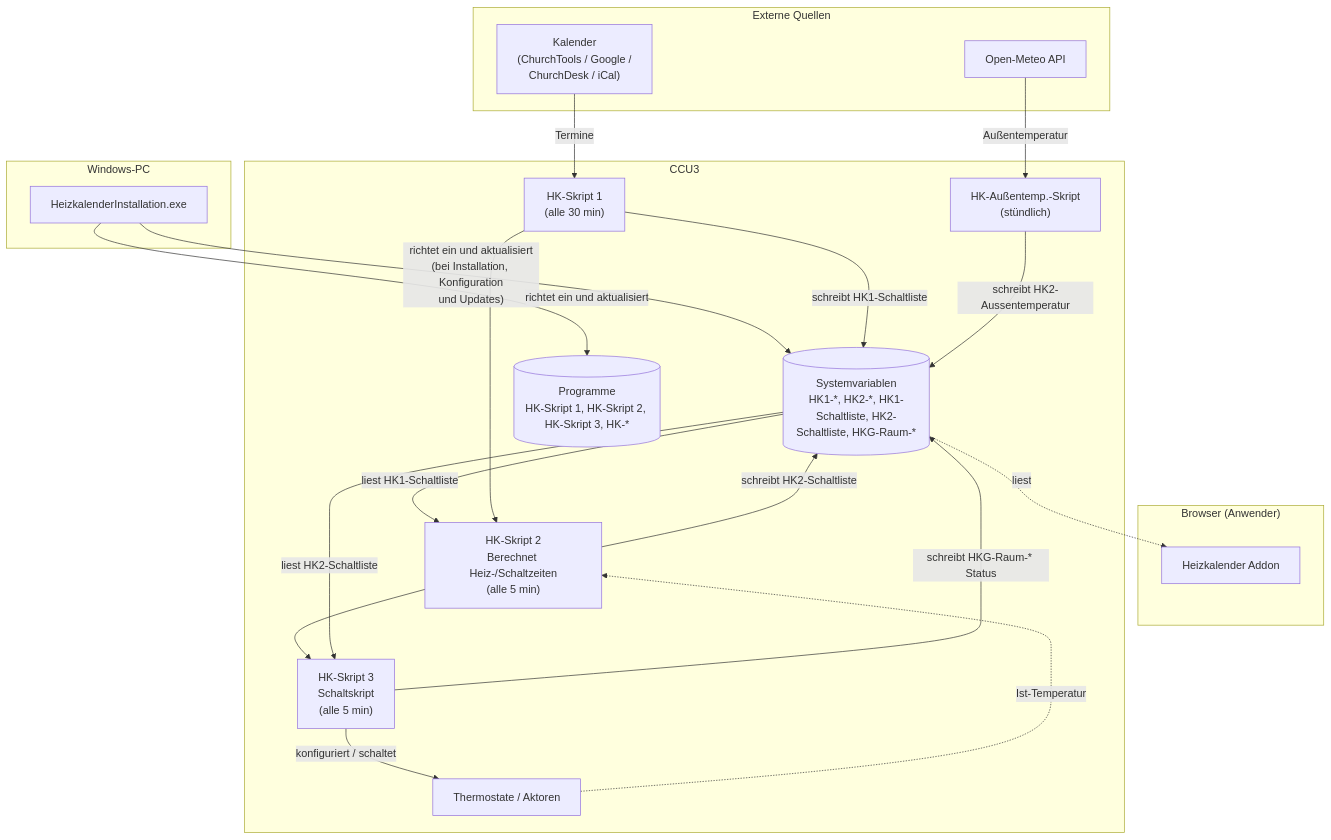
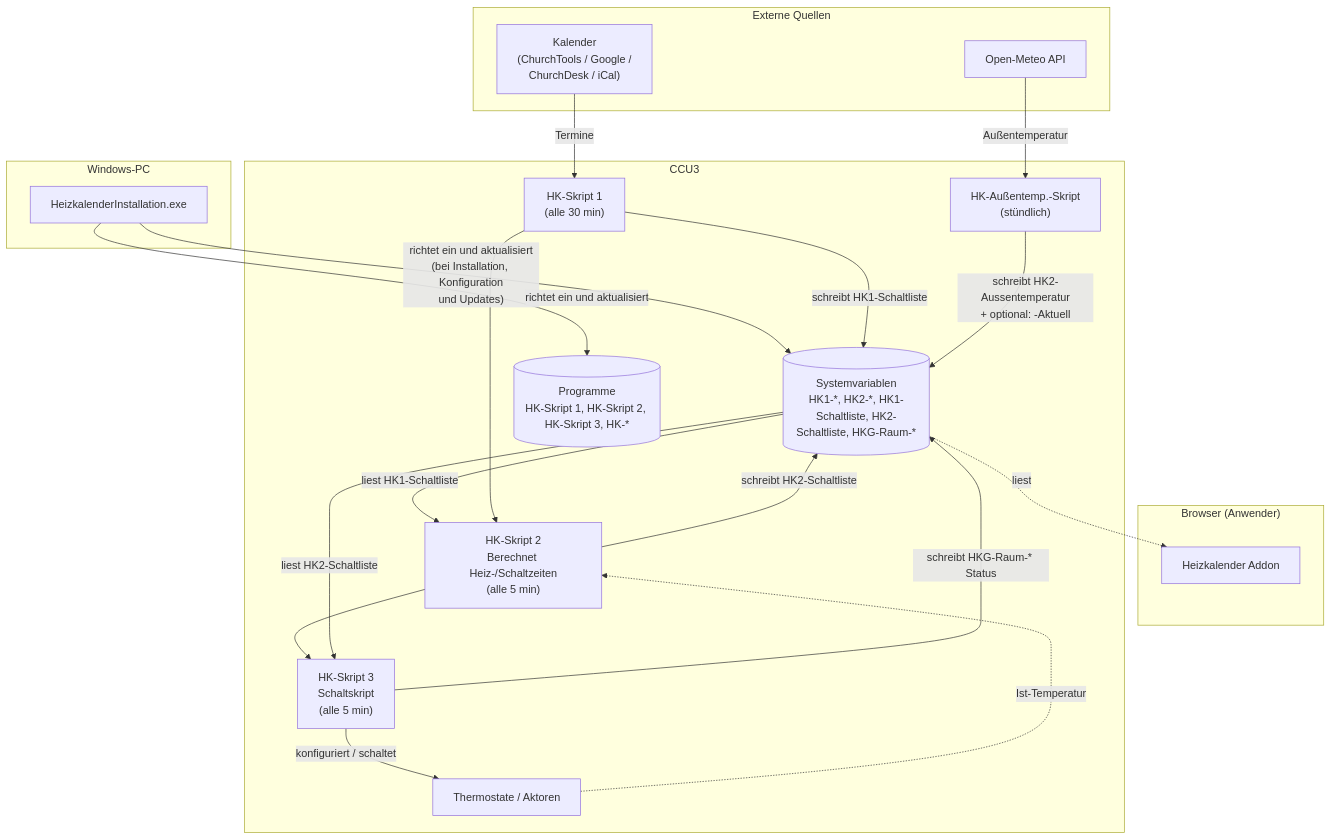
The first of 2 diagrams in docs/heizkalender/entwickler.md (xMRi/Homematic-Heizungskalender), drawn with Mermaid before and after one commit. The commit also changed 12 other files, not shown here.

````diff
--- a/docs/heizkalender/entwickler.md
+++ b/docs/heizkalender/entwickler.md
@@ -27,41 +27,41 @@
 ```mermaid
 flowchart TD
     subgraph PC["Windows-PC"]
         Installer["HeizkalenderInstallation.exe"]
     end
 
     subgraph Extern["Externe Quellen"]
         KAL["Kalender\n(ChurchTools / Google /\nChurchDesk / iCal)"]
         OpenMeteo["Open-Meteo API"]
     end
 
     subgraph Browser["Browser (Anwender)"]
         Addon["Heizkalender Addon"]
     end
 
     subgraph CCU["CCU3"]
         SysVar[("Systemvariablen\nHK1-*, HK2-*, HK1-Schaltliste, HK2-Schaltliste, HKG-Raum-*")]
         Programme[("Programme\nHK-Skript 1, HK-Skript 2, HK-Skript 3, HK-*")]
         Skript1["HK-Skript 1\n(alle 30 min)"]
         ATSkript["HK-Außentemp.-Skript\n(stündlich)"]
         Skript2["HK-Skript 2\nBerechnet Heiz-/Schaltzeiten\n(alle 5 min)"]
         Skript3["HK-Skript 3\nSchaltskript\n(alle 5 min)"]
         Aktoren["Thermostate / Aktoren"]
     end
 
     Installer -->|"richtet ein und aktualisiert\n(bei Installation, Konfiguration\nund Updates)"| SysVar
     Installer -->|"richtet ein und aktualisiert"| Programme
     KAL -->|"Termine"| Skript1
     Skript1 -->|"schreibt HK1-Schaltliste"| SysVar
     OpenMeteo -->|"Außentemperatur"| ATSkript
-    ATSkript -->|"schreibt HK2-Aussentemperatur"| SysVar
+    ATSkript -->|"schreibt HK2-Aussentemperatur\n+ optional: -Aktuell"| SysVar
     SysVar -->|"liest HK1-Schaltliste"| Skript2
     Skript1 --> Skript2
     Skript2 --> Skript3
     Skript2 -->|"schreibt HK2-Schaltliste"| SysVar
     SysVar -->|"liest HK2-Schaltliste"| Skript3
     Skript3 -->|"konfiguriert / schaltet"| Aktoren
     Skript3 -->|"schreibt HKG-Raum-* Status"| SysVar
     Aktoren -.->|"Ist-Temperatur"| Skript2
     SysVar -.->|"liest"| Addon
 ```
````
